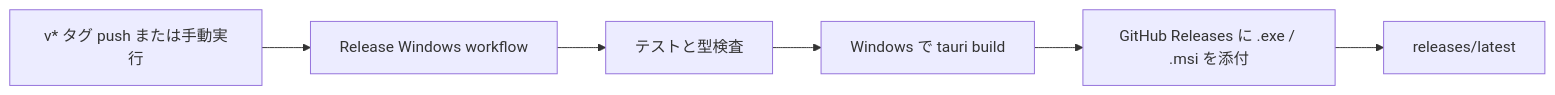
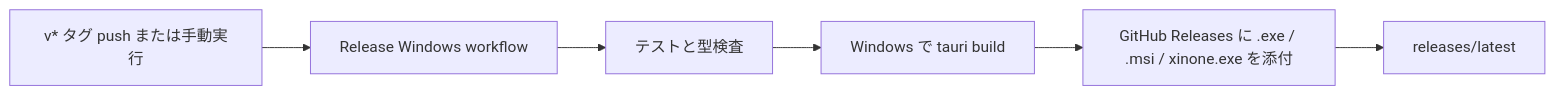
The diagram in docs/github-release.md (kavao/XinOne), drawn with Mermaid before and after one commit. The commit also changed other lines of this file and 1 other file, not shown here.

First line of the commit message:
feat: Release にポータブル xinone.exe を添付

````diff
--- a/docs/github-release.md
+++ b/docs/github-release.md
@@ -59,8 +60,8 @@
 ```mermaid
 flowchart LR
   tag[v* タグ push または手動実行] --> ci[Release Windows workflow]
   ci --> test[テストと型検査]
   test --> build[Windows で tauri build]
-  build --> release[GitHub Releases に .exe / .msi を添付]
+  build --> release[GitHub Releases に .exe / .msi / xinone.exe を添付]
   release --> url[releases/latest]
 ```
````
